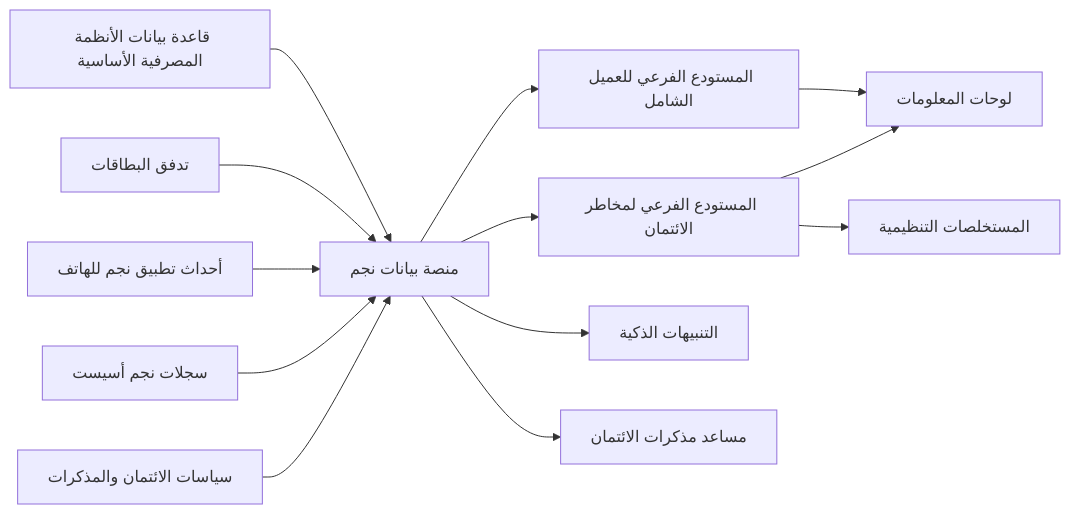
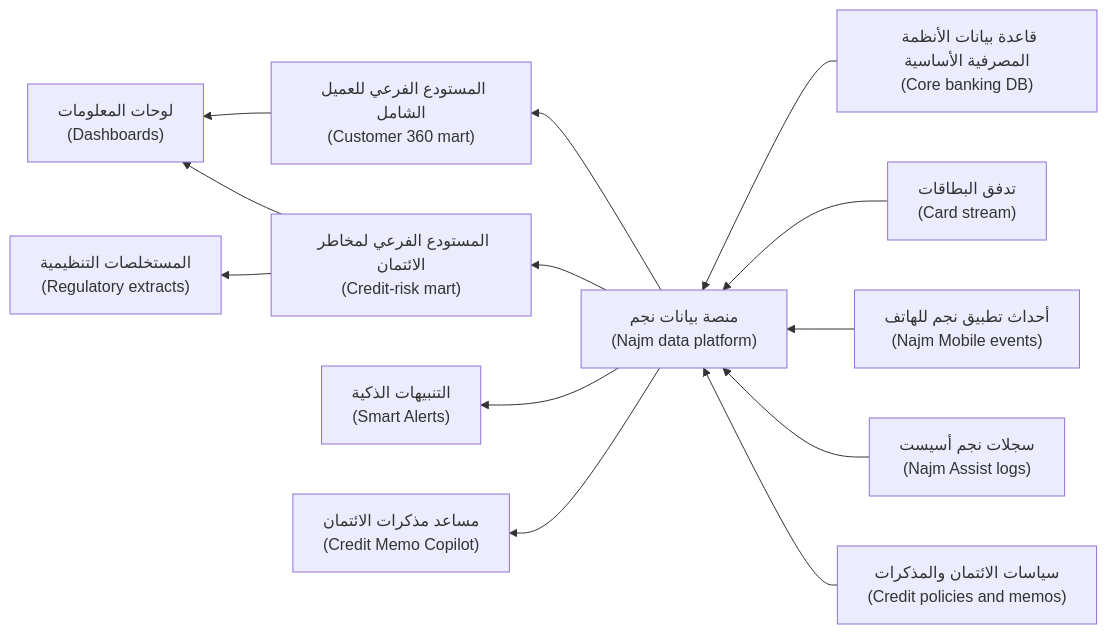
The third of 3 diagrams in data/modules/00-orientation.ar.md (Tamoura/system-design-for-vibe-coders), drawn with Mermaid before and after one commit. The commit also changed other lines of this file and 20 other files, not shown here.

First line of the commit message:
New courses: Arabic diagrams read right-to-left with English labels (modules 0–6)

````diff
--- a/data/modules/00-orientation.ar.md
+++ b/data/modules/00-orientation.ar.md
@@ -556,15 +556,15 @@
 ```mermaid
-flowchart LR
-    CB["قاعدة بيانات الأنظمة المصرفية الأساسية"] --> P["منصة بيانات نجم"]
-    CS["تدفق البطاقات"] --> P
-    MA["أحداث تطبيق نجم للهاتف"] --> P
-    NA["سجلات نجم أسيست"] --> P
-    DOC["سياسات الائتمان والمذكرات"] --> P
-    P --> C360["المستودع الفرعي للعميل الشامل"]
-    P --> CR["المستودع الفرعي لمخاطر الائتمان"]
-    C360 --> DB["لوحات المعلومات"]
+flowchart RL
+    CB["قاعدة بيانات الأنظمة المصرفية الأساسية<br/>(Core banking DB)"] --> P["منصة بيانات نجم<br/>(Najm data platform)"]
+    CS["تدفق البطاقات<br/>(Card stream)"] --> P
+    MA["أحداث تطبيق نجم للهاتف<br/>(Najm Mobile events)"] --> P
+    NA["سجلات نجم أسيست<br/>(Najm Assist logs)"] --> P
+    DOC["سياسات الائتمان والمذكرات<br/>(Credit policies and memos)"] --> P
+    P --> C360["المستودع الفرعي للعميل الشامل<br/>(Customer 360 mart)"]
+    P --> CR["المستودع الفرعي لمخاطر الائتمان<br/>(Credit-risk mart)"]
+    C360 --> DB["لوحات المعلومات<br/>(Dashboards)"]
     CR --> DB
-    CR --> REG["المستخلصات التنظيمية"]
-    P --> SA["التنبيهات الذكية"]
-    P --> CMC["مساعد مذكرات الائتمان"]
+    CR --> REG["المستخلصات التنظيمية<br/>(Regulatory extracts)"]
+    P --> SA["التنبيهات الذكية<br/>(Smart Alerts)"]
+    P --> CMC["مساعد مذكرات الائتمان<br/>(Credit Memo Copilot)"]
 ```
````
